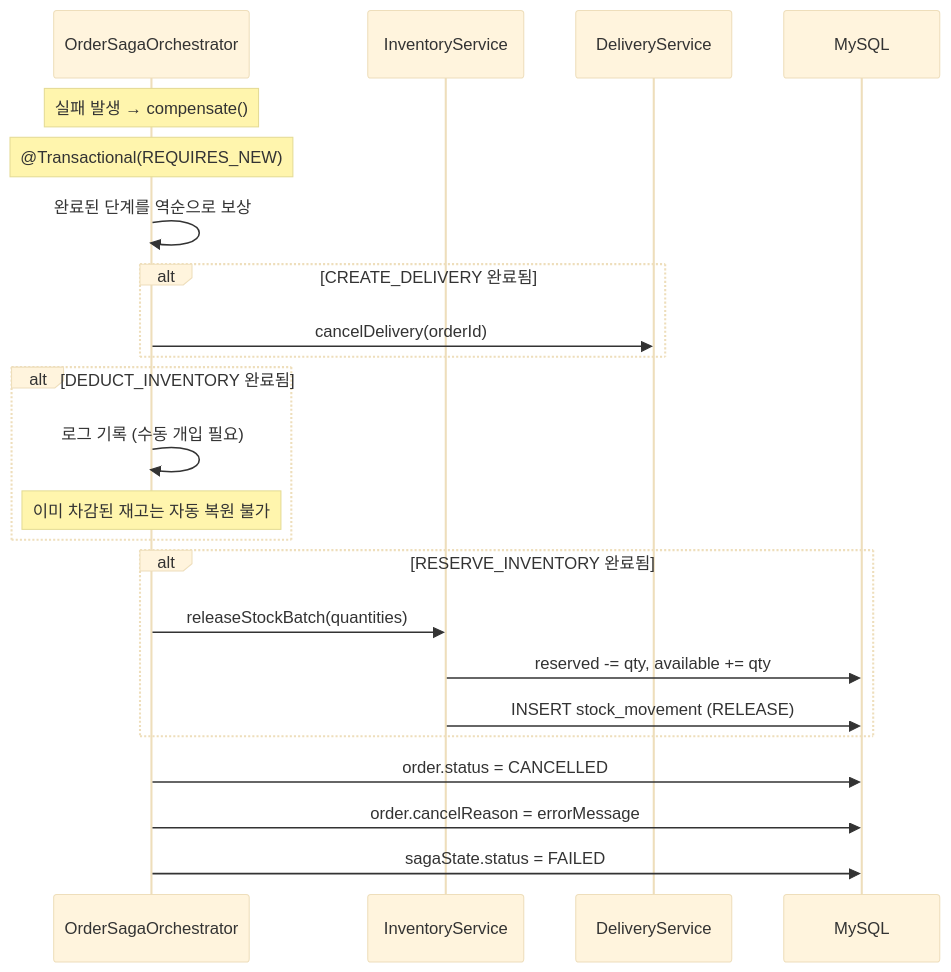
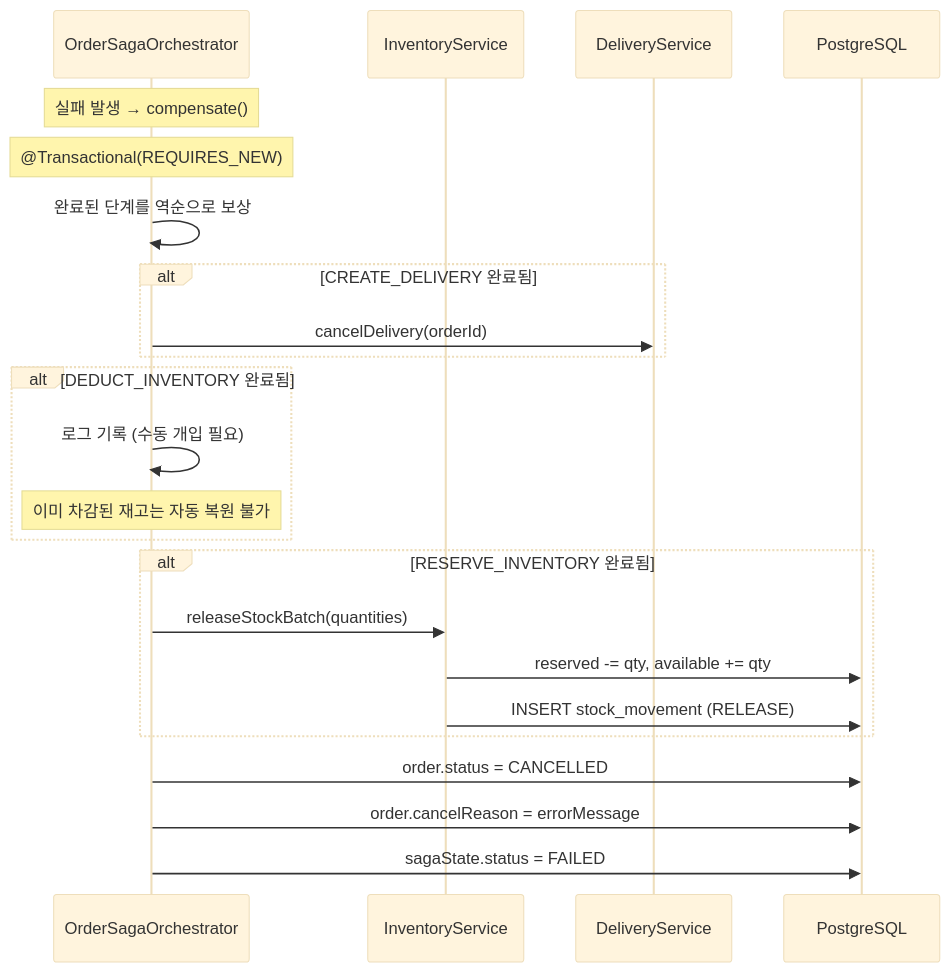
Before and after one commit to L-a-z-e/portal-universe: the fourth of 5 diagrams in docs/architecture/shopping-service/saga-pattern.md, drawn with Mermaid (base theme). The commit also changed other lines of this file and 28 other files, not shown here.

````diff
--- a/docs/architecture/shopping-service/saga-pattern.md
+++ b/docs/architecture/shopping-service/saga-pattern.md
@@ -197,31 +197,31 @@
 ```mermaid
 sequenceDiagram
     participant SAGA as OrderSagaOrchestrator
     participant IS as InventoryService
     participant DS as DeliveryService
-    participant DB as MySQL
+    participant DB as PostgreSQL
 
     Note over SAGA: 실패 발생 → compensate()
     Note over SAGA: @Transactional(REQUIRES_NEW)
 
     SAGA->>SAGA: 완료된 단계를 역순으로 보상
 
     alt CREATE_DELIVERY 완료됨
         SAGA->>DS: cancelDelivery(orderId)
     end
 
     alt DEDUCT_INVENTORY 완료됨
         SAGA->>SAGA: 로그 기록 (수동 개입 필요)
         Note over SAGA: 이미 차감된 재고는 자동 복원 불가
     end
 
     alt RESERVE_INVENTORY 완료됨
         SAGA->>IS: releaseStockBatch(quantities)
         IS->>DB: reserved -= qty, available += qty
         IS->>DB: INSERT stock_movement (RELEASE)
     end
 
     SAGA->>DB: order.status = CANCELLED
     SAGA->>DB: order.cancelReason = errorMessage
     SAGA->>DB: sagaState.status = FAILED
 ```
````
